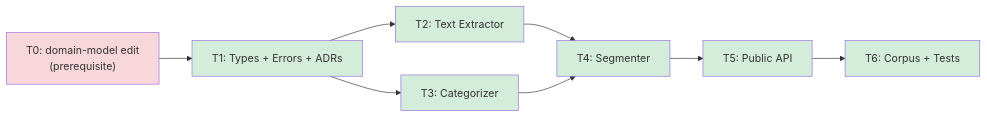
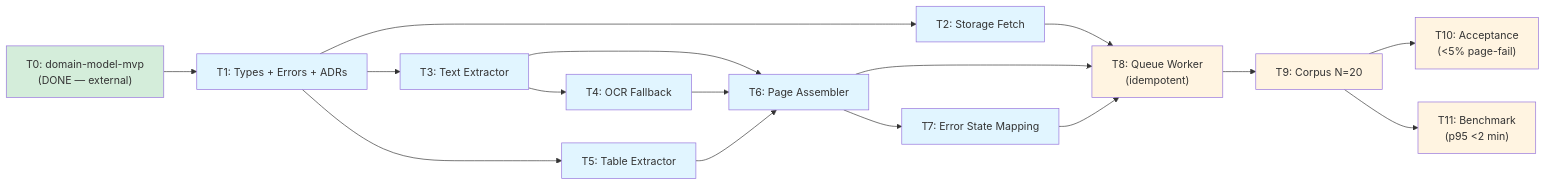
The third of 3 diagrams in docs/pdf-ingestion/feat/00-overview.md (agentezai/coltratos), drawn with Mermaid before and after one commit. The commit also changed other lines of this file and 24 other files, not shown here.

First line of the commit message:
docs(pdf-ingestion): rev 4 — queue-worker pipeline, OCR, tables, bench

````diff
--- a/docs/pdf-ingestion/feat/00-overview.md
+++ b/docs/pdf-ingestion/feat/00-overview.md
@@ -120,26 +139,44 @@
 ```mermaid
 flowchart LR
-    T0["T0: domain-model edit\n(prerequisite)"]
+    T0["T0: domain-model-mvp\n(DONE — external)"]
     T1["T1: Types + Errors + ADRs"]
-    T2["T2: Text Extractor"]
-    T3["T3: Categorizer"]
-    T4["T4: Segmenter"]
-    T5["T5: Public API"]
-    T6["T6: Corpus + Tests"]
+    T2["T2: Storage Fetch"]
+    T3["T3: Text Extractor"]
+    T4["T4: OCR Fallback"]
+    T5["T5: Table Extractor"]
+    T6["T6: Page Assembler"]
+    T7["T7: Error State Mapping"]
+    T8["T8: Queue Worker\n(idempotent)"]
+    T9["T9: Corpus N=20"]
+    T10["T10: Acceptance\n(<5% page-fail)"]
+    T11["T11: Benchmark\n(p95 <2 min)"]
 
     T0 --> T1
     T1 --> T2
     T1 --> T3
-    T2 --> T4
     T3 --> T4
-    T4 --> T5
+    T1 --> T5
+    T3 --> T6
+    T4 --> T6
     T5 --> T6
+    T6 --> T7
+    T2 --> T8
+    T6 --> T8
+    T7 --> T8
+    T8 --> T9
+    T9 --> T10
+    T9 --> T11
 
-    style T0 fill:#f8d7da
-    style T1 fill:#d4edda
-    style T2 fill:#d4edda
-    style T3 fill:#d4edda
-    style T4 fill:#d4edda
-    style T5 fill:#d4edda
-    style T6 fill:#d4edda
+    style T0 fill:#d4edda
+    style T1 fill:#e1f5ff
+    style T2 fill:#e1f5ff
+    style T3 fill:#e1f5ff
+    style T4 fill:#e1f5ff
+    style T5 fill:#e1f5ff
+    style T6 fill:#e1f5ff
+    style T7 fill:#e1f5ff
+    style T8 fill:#fff4e1
+    style T9 fill:#fff4e1
+    style T10 fill:#fff4e1
+    style T11 fill:#fff4e1
 ```
````
